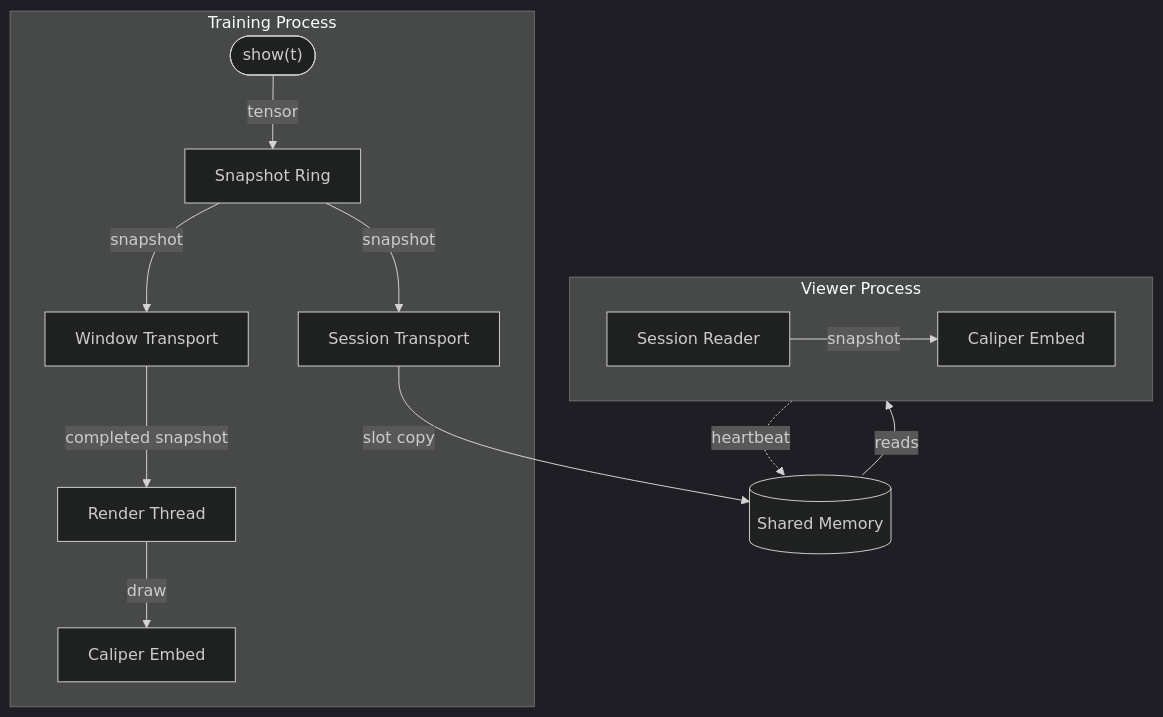
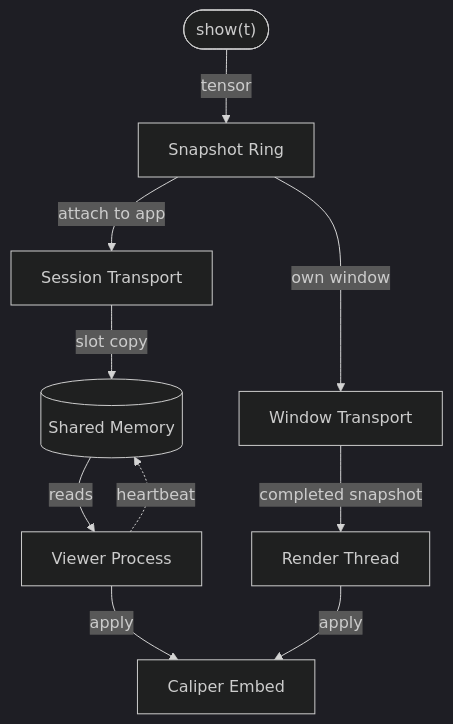
The diagram in docs/python/live-streaming.md (AhmedKhan-GH/caliper), drawn with Mermaid (dark theme) before and after one commit. The commit also changed other lines of this file and 2 other files, not shown here.

````diff
--- a/docs/python/live-streaming.md
+++ b/docs/python/live-streaming.md
@@ -9,16 +9,12 @@
 ```mermaid
 flowchart TB
-    subgraph train[Training Process]
-        show(["show(t)"]) -->|tensor| ring[Snapshot Ring]
-        ring -->|snapshot| sess[Session Transport]
-        ring -->|snapshot| win[Window Transport]
-        win -->|completed snapshot| render[Render Thread]
-        render -->|draw| embedT[Caliper Embed]
-    end
+    show(["show(t)"]) -->|tensor| ring[Snapshot Ring]
+    ring -->|attach to app| sess[Session Transport]
+    ring -->|own window| win[Window Transport]
     sess -->|slot copy| shm[("Shared Memory")]
-    subgraph viewer[Viewer Process]
-        reader[Session Reader] -->|snapshot| embedV[Caliper Embed]
-    end
-    shm -->|reads| viewer
+    win -->|completed snapshot| render[Render Thread]
+    shm -->|reads| viewer[Viewer Process]
     viewer -.->|heartbeat| shm
+    viewer -->|apply| embed[Caliper Embed]
+    render -->|apply| embed
 ```
````
